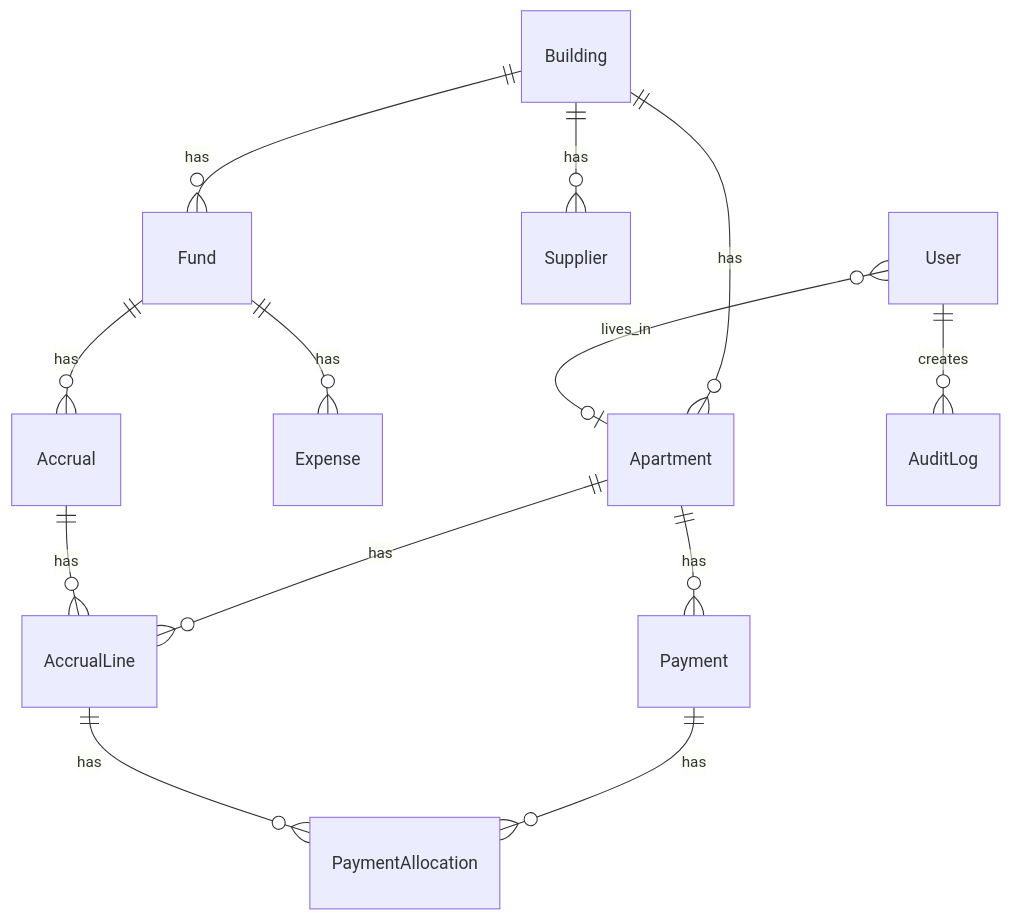
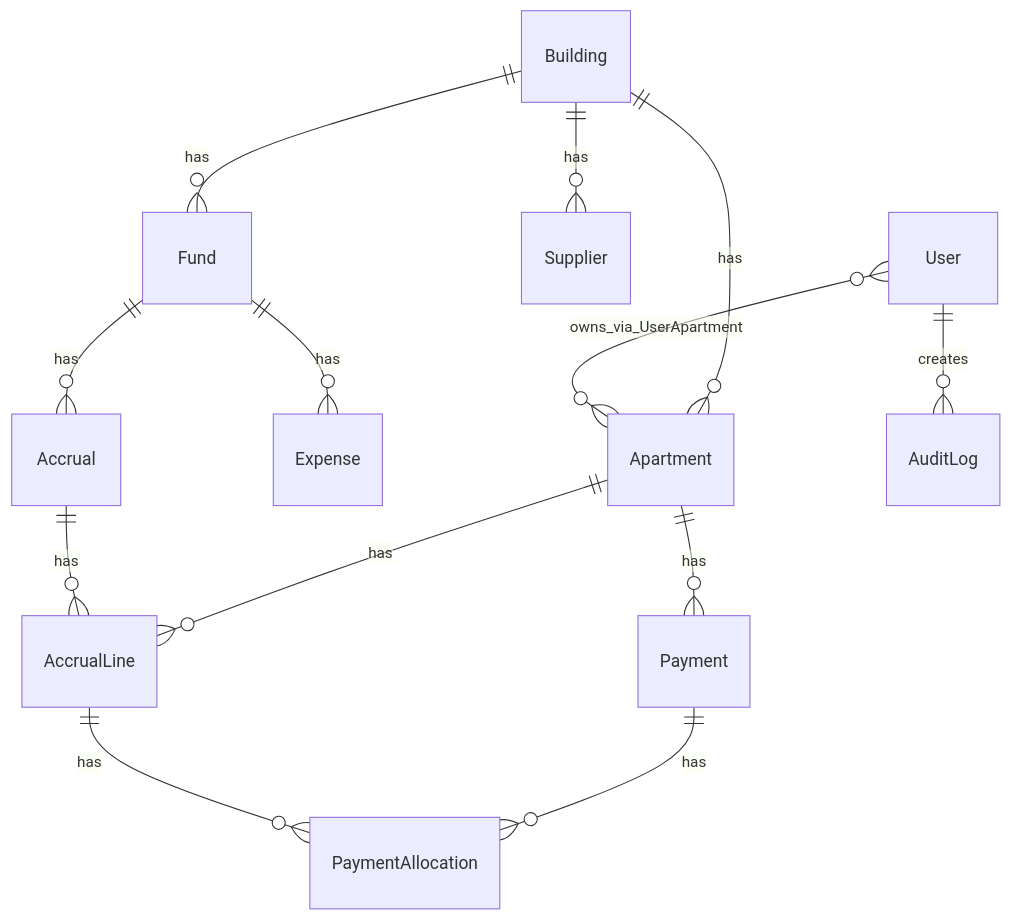
The diagram in SPEC/04-data-model.md (murziksasha/project_DAH), drawn with Mermaid before and after one commit. The commit also changed other lines of this file and 60 other files, not shown here.

````diff
--- a/SPEC/04-data-model.md
+++ b/SPEC/04-data-model.md
@@ -7,15 +7,15 @@
 ```mermaid
 erDiagram
   Building ||--o{ Apartment : has
   Building ||--o{ Fund : has
   Building ||--o{ Supplier : has
   Apartment ||--o{ AccrualLine : has
   Apartment ||--o{ Payment : has
   Fund ||--o{ Expense : has
   Fund ||--o{ Accrual : has
   Accrual ||--o{ AccrualLine : has
   Payment ||--o{ PaymentAllocation : has
   AccrualLine ||--o{ PaymentAllocation : has
   User ||--o{ AuditLog : creates
-  User }o--o| Apartment : lives_in
+  User }o--o{ Apartment : owns_via_UserApartment
 ```
````
